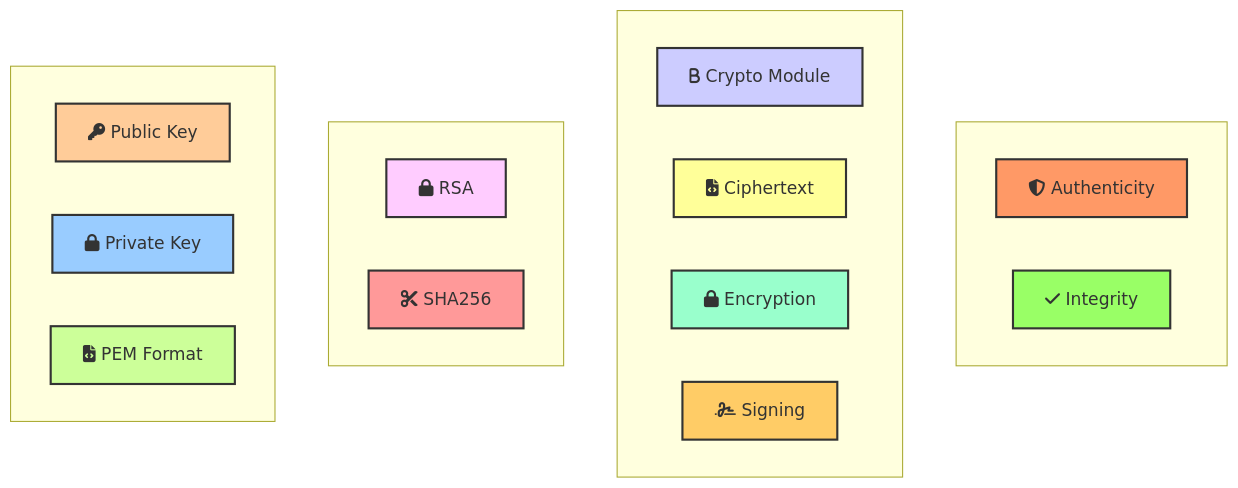
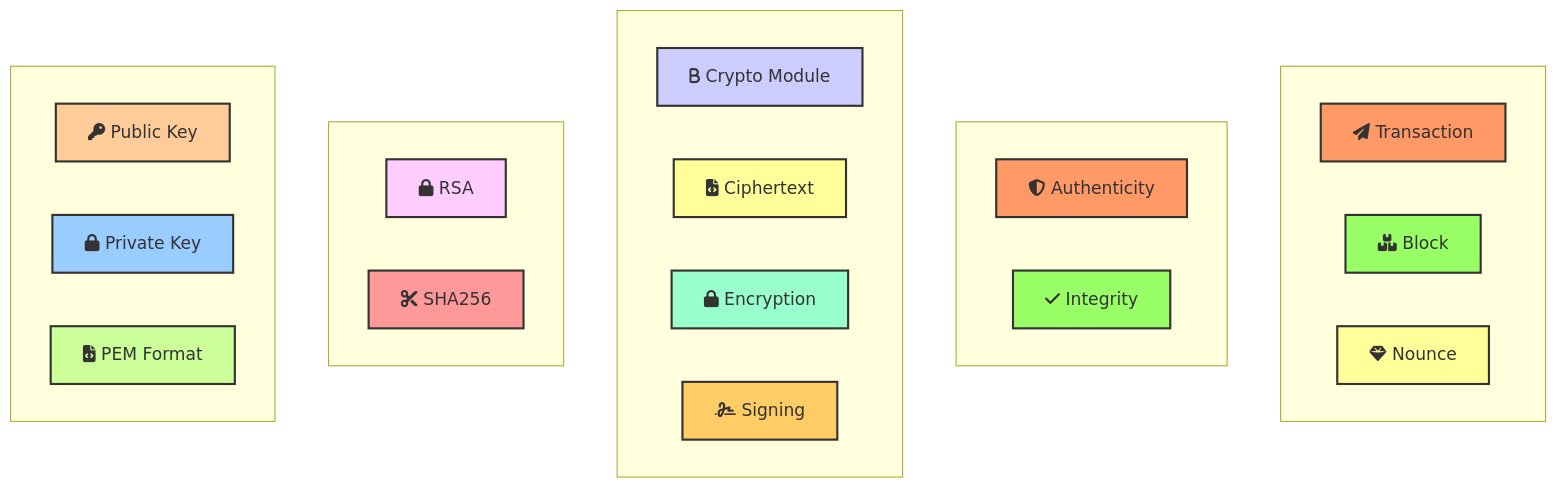
Before and after one commit to kelvin-bz/blog: the ninth of 9 diagrams in _posts/2024-06-29-public-key-cryptography.md, drawn with Mermaid. The commit also changed other lines of this file, not shown here.

````diff
--- a/_posts/2024-06-29-public-key-cryptography.md
+++ b/_posts/2024-06-29-public-key-cryptography.md
@@ -476,40 +524,45 @@
 ```mermaid
-
 graph 
 
   subgraph 1[" "]
     publicKey["fa:fa-key Public Key"]:::keyNode
     privateKey["fa:fa-lock Private Key"]:::lockNode
     pem["fa:fa-file-code PEM Format"]:::pemNode
   end 
 
   subgraph 2[" "]
     rsa["fa:fa-lock RSA"]:::rsaNode
     sha["fa:fa-scissors SHA256"]:::shaNode
   end
 
   subgraph 3[" "]
     crypto["fa:fa-b Crypto Module"]:::cryptoNode
     ciphertext["fa:fa-file-code Ciphertext"]:::cipherNode
     encryption["fa:fa-lock Encryption"]:::encryptionNode
     signing["fa:fa-signature Signing"]:::signingNode
   end 
 
   subgraph 4[" "]
     authenticity["fa:fa-shield-alt Authenticity"]:::authenticityNode
     integrity["fa:fa-check Integrity"]:::integrityNode
   end
 
+  subgraph 5[" "]
+    transaction["fa:fa-paper-plane Transaction"]:::authenticityNode
+    block["fa:fa-boxes Block"]:::integrityNode
+    nounce["fa:fa-gem Nounce"]:::cipherNode
+  end
+
 classDef keyNode fill:#ffcc99,stroke:#333,stroke-width:2px;
 classDef lockNode fill:#99ccff,stroke:#333,stroke-width:2px;
 classDef pemNode fill:#ccff99,stroke:#333,stroke-width:2px;
 classDef rsaNode fill:#ffccff,stroke:#333,stroke-width:2px;
 classDef shaNode fill:#ff9999,stroke:#333,stroke-width:2px;
 classDef cryptoNode fill:#ccccff,stroke:#333,stroke-width:2px;
 classDef cipherNode fill:#ffff99,stroke:#333,stroke-width:2px;
 classDef encryptionNode fill:#99ffcc,stroke:#333,stroke-width:2px;
 classDef signingNode fill:#ffcc66,stroke:#333,stroke-width:2px;
 classDef authenticityNode fill:#ff9966,stroke:#333,stroke-width:2px;
 classDef integrityNode fill:#99ff66,stroke:#333,stroke-width:2px;
   
 ```
````
